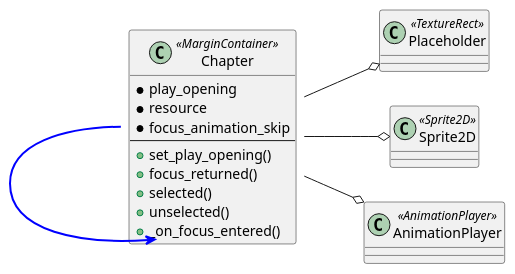
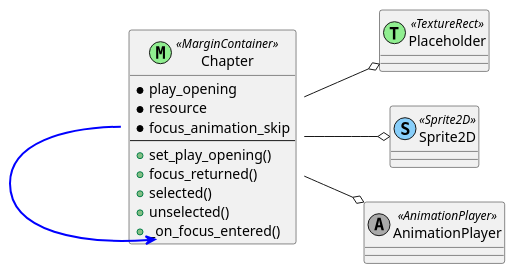
One commit to tkmfujise/Platformer-Game-Learning changed the diagram in content/scenes/src/beginning/chapters/chapter/chapter.tscn.adoc. Above: the diagram before and after it, drawn with PlantUML. The commit also changed 69 other files, not shown here.

Commit message:
Change scene diagram class color

```diff
--- a/content/scenes/src/beginning/chapters/chapter/chapter.tscn.adoc
+++ b/content/scenes/src/beginning/chapters/chapter/chapter.tscn.adoc
@@ -9,25 +9,25 @@
 [plantuml]
 ....
-class ROOT as "Chapter" <<MarginContainer>> {
+class ROOT as "Chapter" <<(M,lightgreen) MarginContainer>> {
   * play_opening
   * resource
   * focus_animation_skip
 ---
   + set_play_opening()
   + focus_returned()
   + selected()
   + unselected()
   + _on_focus_entered()
 }
-class Placeholder as "Placeholder" <<TextureRect>> {
+class Placeholder as "Placeholder" <<(T,lightgreen) TextureRect>> {
 }
-class Sprite2D as "Sprite2D" <<Sprite2D>> {
+class Sprite2D as "Sprite2D" <<(S,lightskyblue) Sprite2D>> {
 }
-class AnimationPlayer as "AnimationPlayer" <<AnimationPlayer>> {
+class AnimationPlayer as "AnimationPlayer" <<(A,darkgray) AnimationPlayer>> {
 }
 ROOT --o Placeholder
 ROOT --o Sprite2D
 ROOT --o AnimationPlayer
 left to right direction
 ROOT::_on_focus_entered <-[#blue,thickness=2]- ROOT::focus_entered
 ....
```
